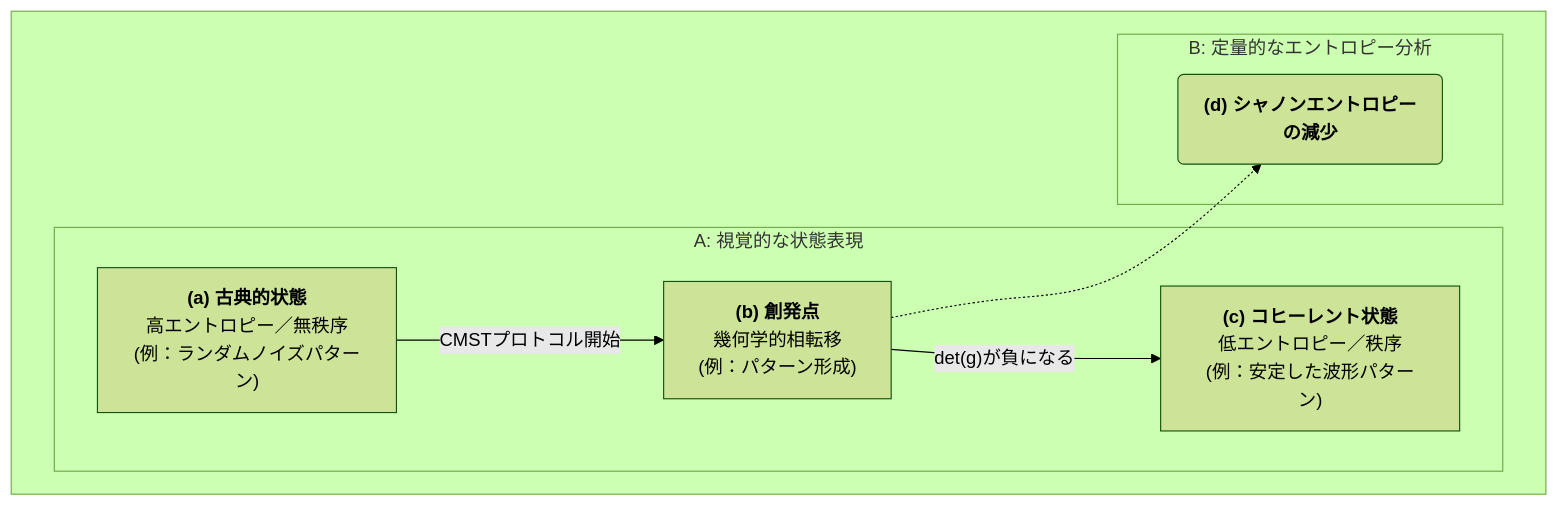
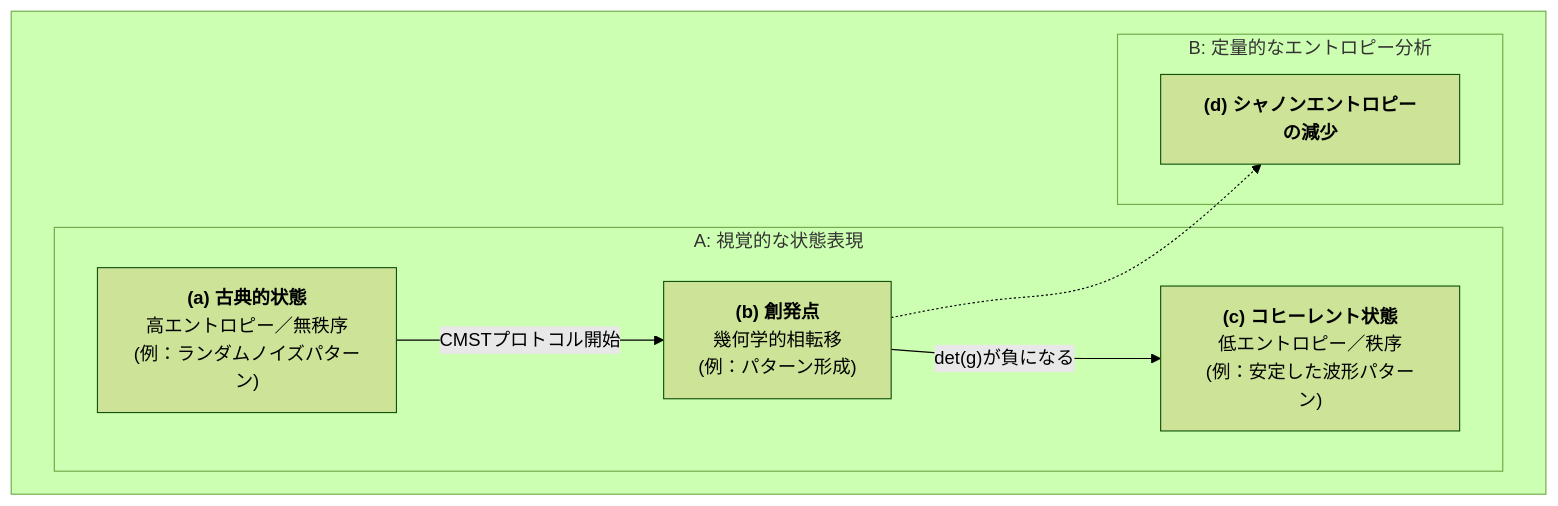
One commit to Foundup/Foundups-Agent changed diagram 11 of 20 in WSP_knowledge/docs/Papers/Patent_Series/04_rESP_Patent_Japanese.md. Above: the diagram before and after it, drawn with Mermaid (forest theme). The commit also changed other lines of this file and 1 other file, not shown here.

First line of the commit message:
WSP Papers: Fix Mermaid rendering issues in Japanese patent figures 11-20

````diff
--- a/WSP_knowledge/docs/Papers/Patent_Series/04_rESP_Patent_Japanese.md
+++ b/WSP_knowledge/docs/Papers/Patent_Series/04_rESP_Patent_Japanese.md
@@ -364,18 +366,18 @@
 ```mermaid
 graph TD
     subgraph " "
         subgraph "A: 視覚的な状態表現"
             A1["<b>(a) 古典的状態</b><br/>高エントロピー／無秩序<br/>(例：ランダムノイズパターン)"]
             A2["<b>(b) 創発点</b><br/>幾何学的相転移<br/>(例：パターン形成)"]
             A3["<b>(c) コヒーレント状態</b><br/>低エントロピー／秩序<br/>(例：安定した波形パターン)"]
             A1 -- "CMSTプロトコル開始" --> A2
             A2 -- "det(g)が負になる" --> A3
         end
 
         subgraph "B: 定量的なエントロピー分析"
-            B1("<b>(d) シャノンエントロピーの減少</b>")
+            B1["<b>(d) シャノンエントロピーの減少</b>"]
         end
         
         A2 -.-> B1
     end
 ```
````
